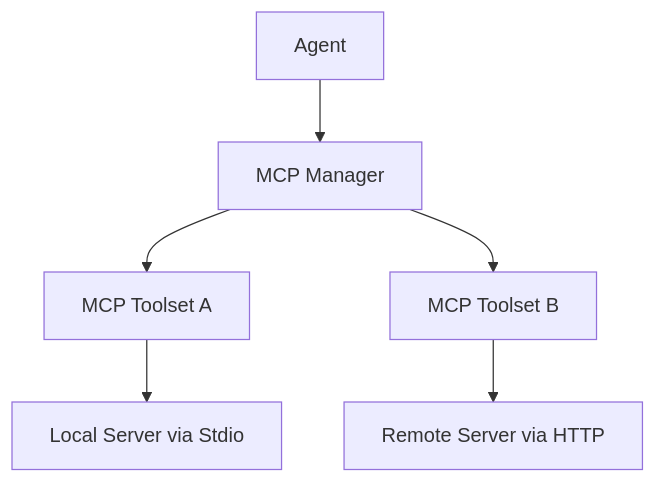
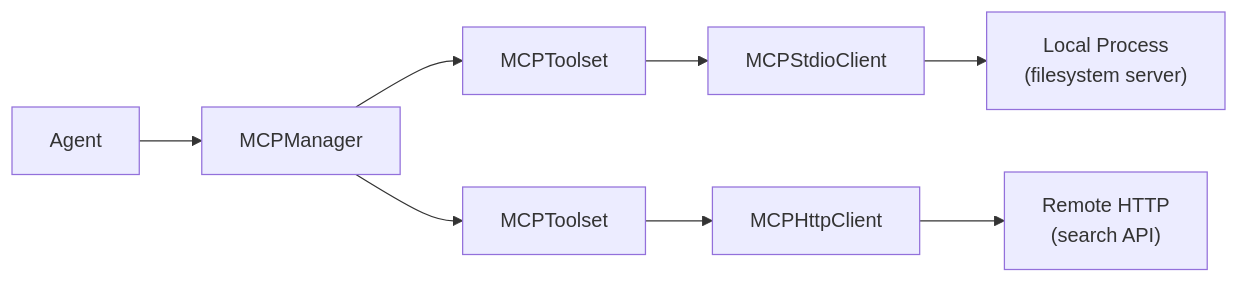
One commit to a7ul/vibes changed the diagram in packages/sdk/docs/integrations/mcp-client.mdx. Above: the diagram before and after it, drawn with Mermaid. The commit also changed other lines of this file and 22 other files, not shown here.

````diff
--- a/packages/sdk/docs/integrations/mcp-client.mdx
+++ b/packages/sdk/docs/integrations/mcp-client.mdx
@@ -10,8 +14,10 @@
 ```mermaid
-flowchart TD
-    A[Agent] --> B[MCP Manager]
-    B --> C[MCP Toolset A]
-    B --> D[MCP Toolset B]
-    C --> E[Local Server via Stdio]
-    D --> F[Remote Server via HTTP]
+flowchart LR
+    Agent --> MCPManager
+    MCPManager --> TS1[MCPToolset]
+    MCPManager --> TS2[MCPToolset]
+    TS1 --> C1[MCPStdioClient]
+    TS2 --> C2[MCPHttpClient]
+    C1 --> S1["Local Process\n(filesystem server)"]
+    C2 --> S2["Remote HTTP\n(search API)"]
 ```
````
